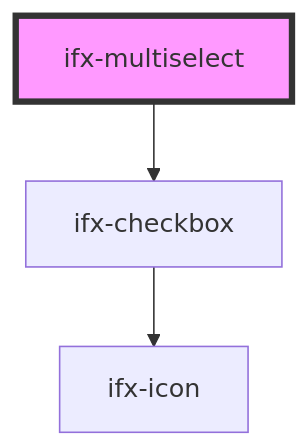
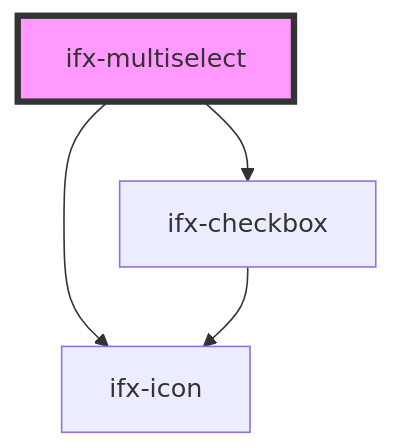
The diagram in packages/components/src/components/multiselect/readme.md (Infineon/infineon-design-system-stencil), drawn with Mermaid before and after one commit. The commit also changed other lines of this file and 12 other files, not shown here.

````diff
--- a/packages/components/src/components/multiselect/readme.md
+++ b/packages/components/src/components/multiselect/readme.md
@@ -30,6 +34,7 @@
 ```mermaid
 graph TD;
   ifx-multiselect --> ifx-checkbox
+  ifx-multiselect --> ifx-icon
   ifx-checkbox --> ifx-icon
   style ifx-multiselect fill:#f9f,stroke:#333,stroke-width:4px
 ```
````
